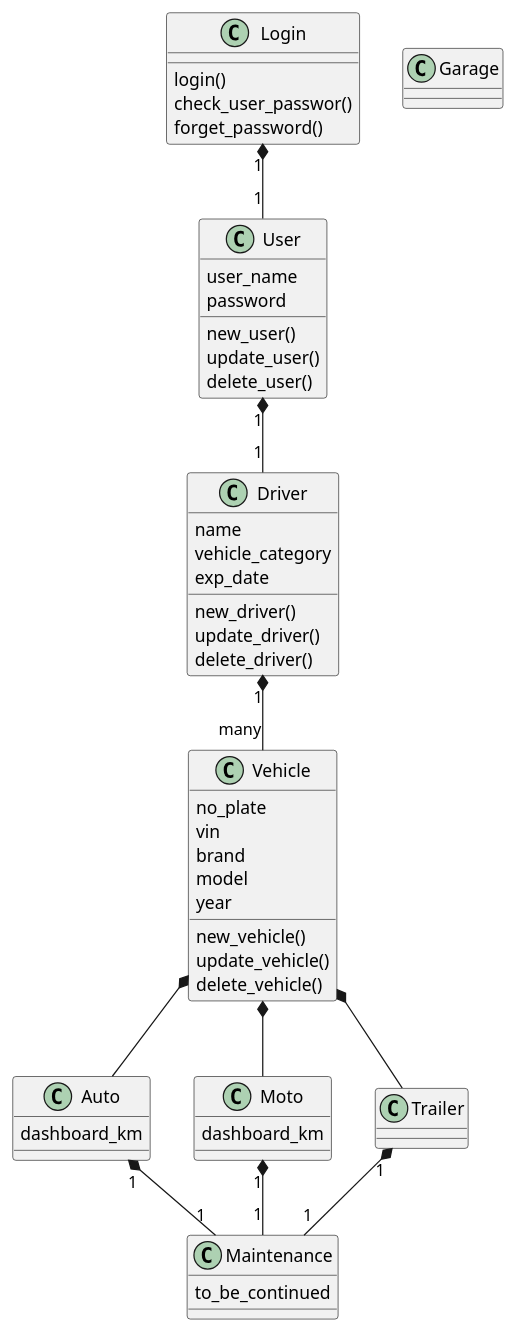
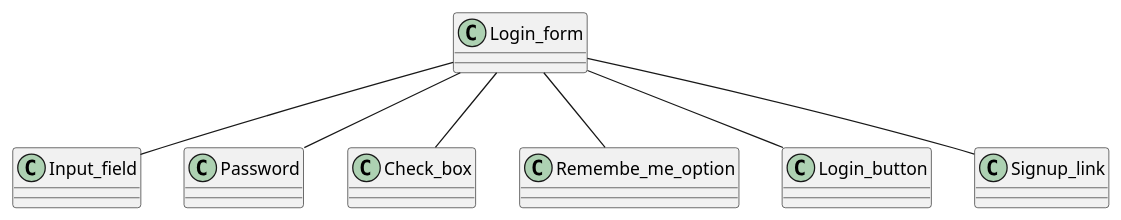
One commit to vsmro/checkyourcar changed the diagram in class.puml. Above: the diagram before and after it, drawn with PlantUML. The commit also changed 1 other file, not shown here.

Commit message:
Added the class diagram

```diff
--- a/class.puml
+++ b/class.puml
@@ -1,89 +1,118 @@
 @startuml
 'https://plantuml.com/class-diagram
 
-class Login
+'class Login
+'{
+'login()
+'check_user_password()
+'forget_password()
+'}
+'Login "1" *-- "1" User
+'class User
+'{
+'user_name
+'password
+'
+'new_user()
+'update_user()
+'delete_user()
+'}
+'
+'class Driver
+'{
+'name
+'vehicle_category
+'exp_date
+'new_driver()
+'update_driver()
+'delete_driver()
+'}
+'User "1" *-- "1" Driver
+'
+'
+'
+'
+'class Vehicle
+'{
+'no_plate
+'vin
+'brand
+'model
+'year
+'new_vehicle()
+'update_vehicle()
+'delete_vehicle()
+'}
+'Driver "1" *-- "many" Vehicle
+'
+'class Auto
+'{
+'dashboard_km
+'}
+'Vehicle *-- Auto
+'
+'Class Moto
+'{
+'dashboard_km
+'}
+'Vehicle *-- Moto
+'
+'class Trailer
+'{
+'}
+'Vehicle *-- Trailer
+'class Maintenance
+'{
+' to_be_continued
+'}
+
+'Auto "1" *-- "1" Maintenance
+'Moto "1" *-- "1" Maintenance
+'Trailer "1" *-- "1" Maintenance
+'
+'class Garage {
+'
+'
+'}
+
+class Login_form
 {
-login()
-check_user_passwor()
-forget_password()
-}
-Login "1" *-- "1" User
-class User
-{
-user_name
-password
-
-new_user()
-update_user()
-delete_user()
 }
 
-class Driver
+class Input_field
 {
-name
-vehicle_category
-exp_date
-new_driver()
-update_driver()
-delete_driver()
-}
-User "1" *-- "1" Driver
-
-
-
-
-class Vehicle
-{
-no_plate
-vin
-brand
-model
-year
-new_vehicle()
-update_vehicle()
-delete_vehicle()
-}
-Driver "1" *-- "many" Vehicle
-
-class Auto
-{
-dashboard_km
-}
-Vehicle *-- Auto
-
-Class Moto
-{
-dashboard_km
-}
-Vehicle *-- Moto
-
-class Trailer
-{
-}
-Vehicle *-- Trailer
-class Maintenance
-{
- to_be_continued
-}
-
-Auto "1" *-- "1" Maintenance
-Moto "1" *-- "1" Maintenance
-Trailer "1" *-- "1" Maintenance
-
-class Garage {
-
-
 }
 
 
 
+class Password
+{
+}
+class Check_box
+{
+}
+class Remembe_me_option
+{
+}
 
+class Login_button
+{
+}
 
+class Signup_link
+{
+}
 
+Login_form -- Input_field
+Login_form -- Password
+Login_form -- Remembe_me_option
+Login_form -- Check_box
+Login_form -- Signup_link
+Login_form -- Login_button
 
 
 
 
 
 
 @enduml
```
